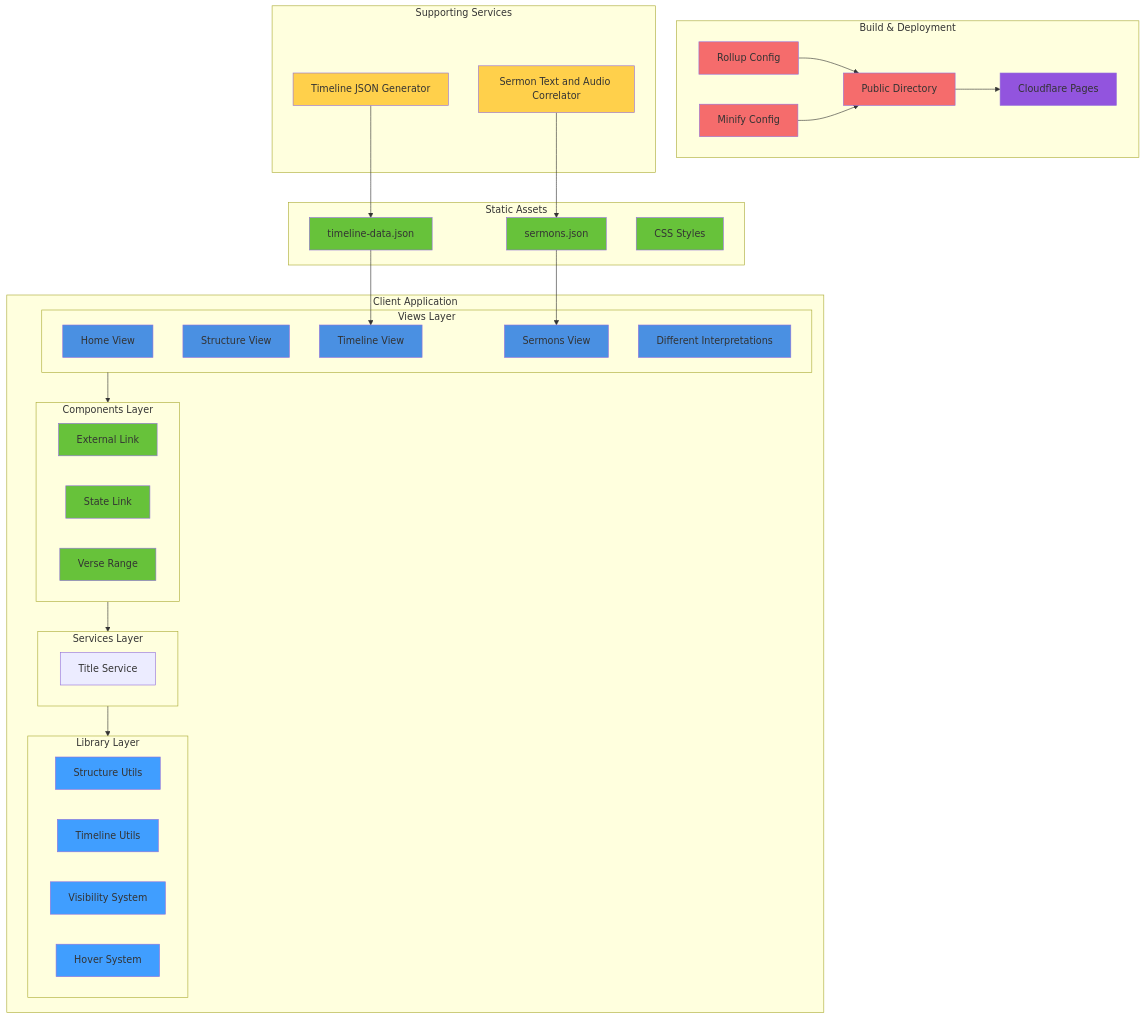
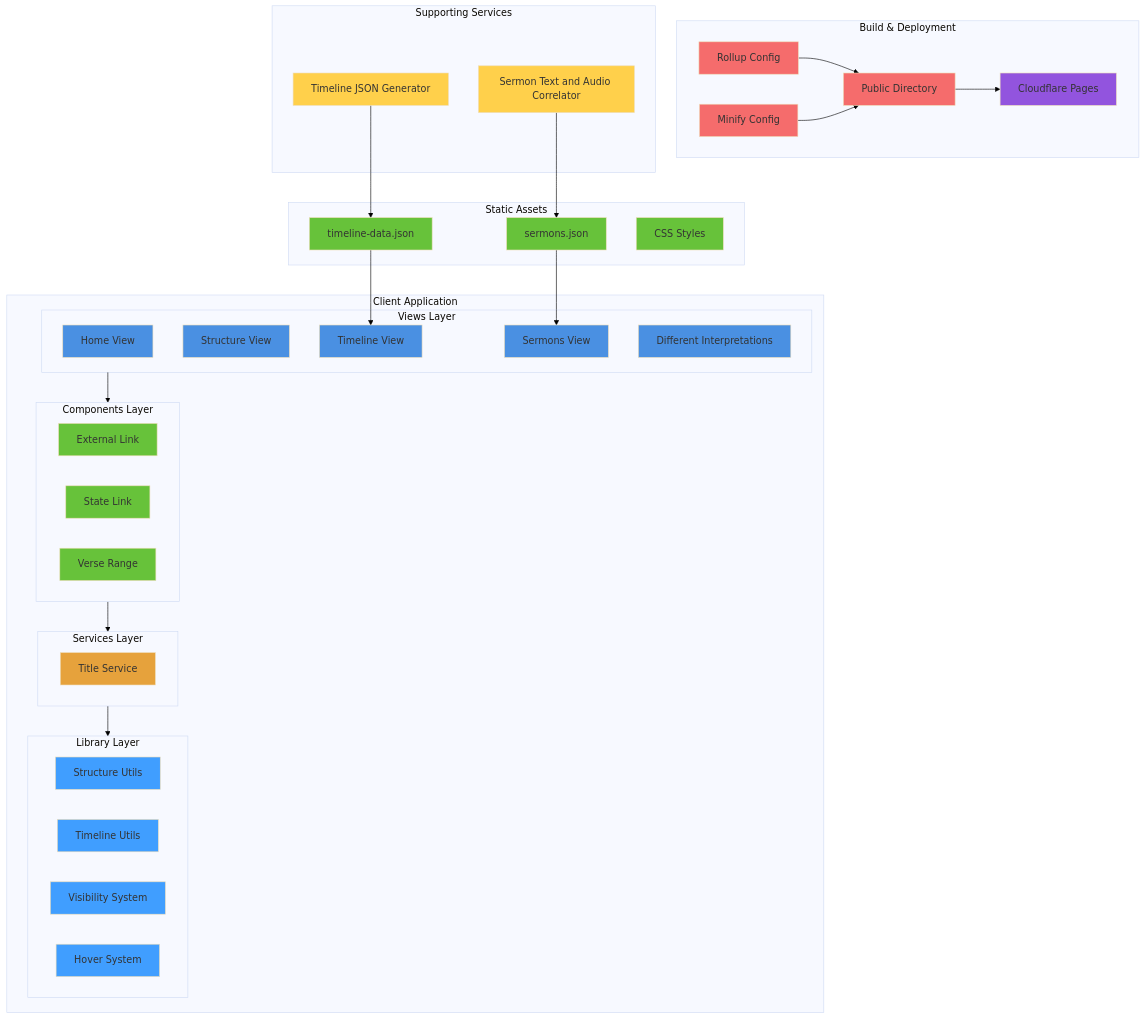
One commit to KayserCommentaryOrg/revelation-project changed the diagram in README.md. Above: the diagram before and after it, drawn with Mermaid.

````diff
--- a/README.md
+++ b/README.md
@@ -34,4 +34,5 @@
 ```mermaid
+%%{init: {'theme': 'base', 'themeVariables': { 'background': '#ffffff' }}}%%
 graph TB
     subgraph Client["Client Application"]
         subgraph Views["Views Layer"]
@@ -119,6 +120,7 @@
     classDef view fill:#4a90e2
     classDef component fill:#67c23a
     classDef lib fill:#409eff
+    classDef service fill:#e6a23c
     classDef build fill:#f56c6c
     classDef deploy fill:#9254de
     classDef support fill:#ffd04b
````
